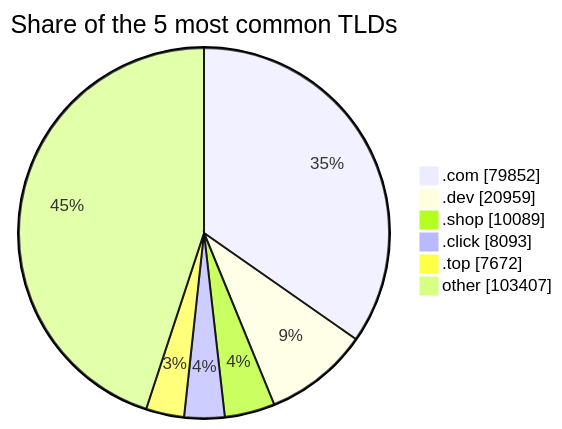
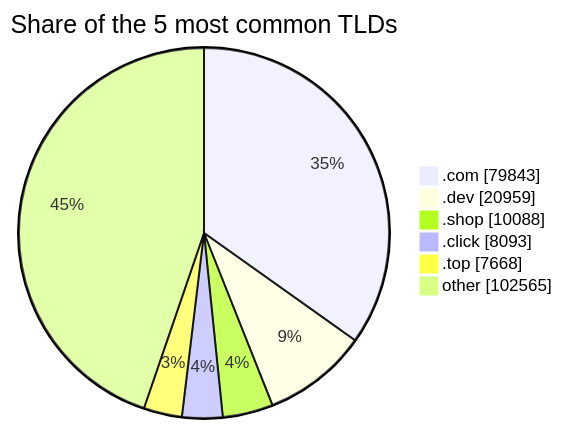
The third of 3 diagrams in README.md (DNSBunker/CTI), drawn with Mermaid before and after one commit. The commit also changed other lines of this file and 3 other files, not shown here.

````diff
--- a/README.md
+++ b/README.md
@@ -81,9 +81,9 @@
 ```mermaid
 pie showData title Share of the 5 most common TLDs
-    ".com" : 79852
+    ".com" : 79843
     ".dev" : 20959
-    ".shop" : 10089
+    ".shop" : 10088
     ".click" : 8093
-    ".top" : 7672
-    "other" : 103407
+    ".top" : 7668
+    "other" : 102565
 ```
````
